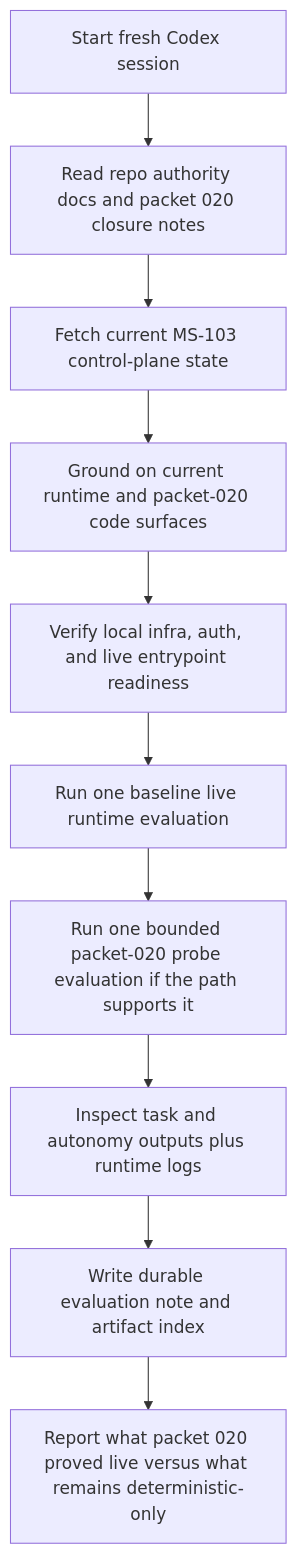
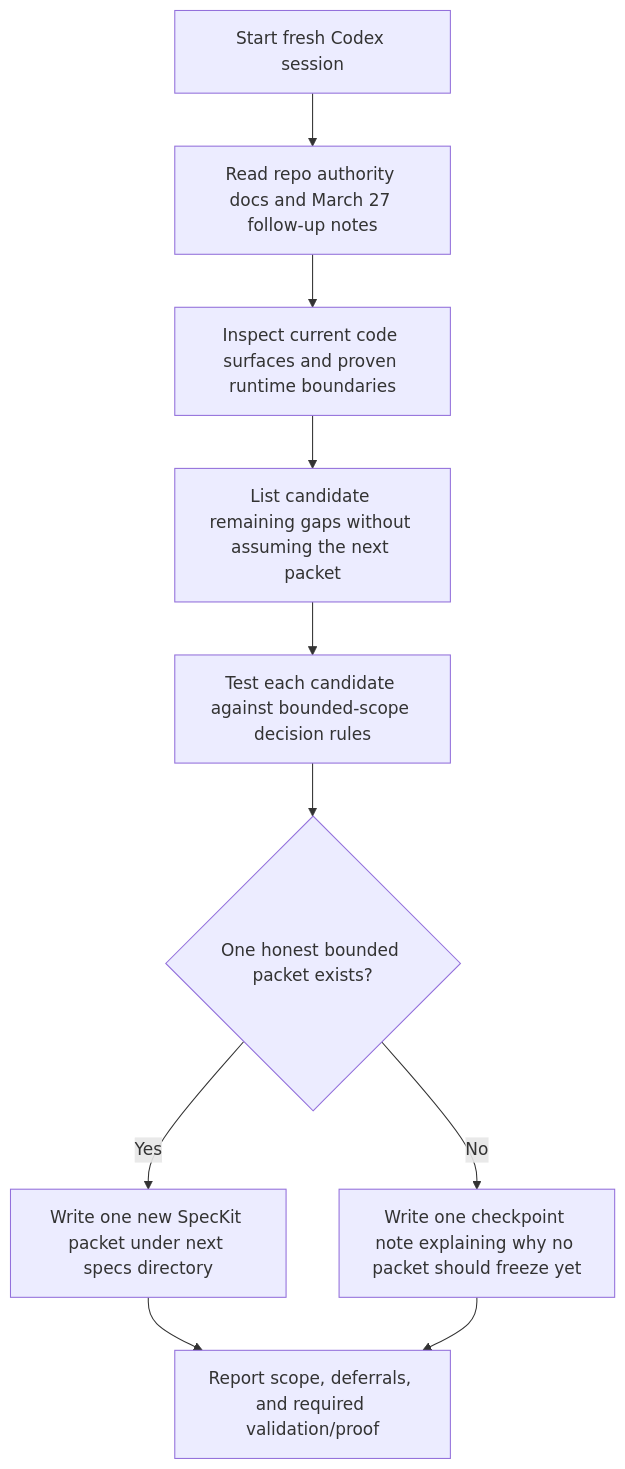
Before and after one commit to MattMagg/MisterSmith: the diagram in docs/prompt-improver-spec/implementation_plan.md, drawn with Mermaid. The commit also changed other lines of this file and 3 other files, not shown here.

First line of the commit message:
docs(prompt): add post-packet-020 next-phase handoff

````diff
--- a/docs/prompt-improver-spec/implementation_plan.md
+++ b/docs/prompt-improver-spec/implementation_plan.md
@@ -72,12 +76,12 @@
 ```mermaid
 graph TD
-    A["Start fresh Codex session"] --> B["Read repo authority docs and packet 020 closure notes"]
-    B --> C["Fetch current MS-103 control-plane state"]
-    C --> D["Ground on current runtime and packet-020 code surfaces"]
-    D --> E["Verify local infra, auth, and live entrypoint readiness"]
-    E --> F["Run one baseline live runtime evaluation"]
-    F --> G["Run one bounded packet-020 probe evaluation if the path supports it"]
-    G --> H["Inspect task and autonomy outputs plus runtime logs"]
-    H --> I["Write durable evaluation note and artifact index"]
-    I --> J["Report what packet 020 proved live versus what remains deterministic-only"]
+    A["Start fresh Codex session"] --> B["Read repo authority docs and March 27 follow-up notes"]
+    B --> C["Inspect current code surfaces and proven runtime boundaries"]
+    C --> D["List candidate remaining gaps without assuming the next packet"]
+    D --> E["Test each candidate against bounded-scope decision rules"]
+    E --> F{"One honest bounded packet exists?"}
+    F -- Yes --> G["Write one new SpecKit packet under next specs directory"]
+    F -- No --> H["Write one checkpoint note explaining why no packet should freeze yet"]
+    G --> I["Report scope, deferrals, and required validation/proof"]
+    H --> I
 ```
````
